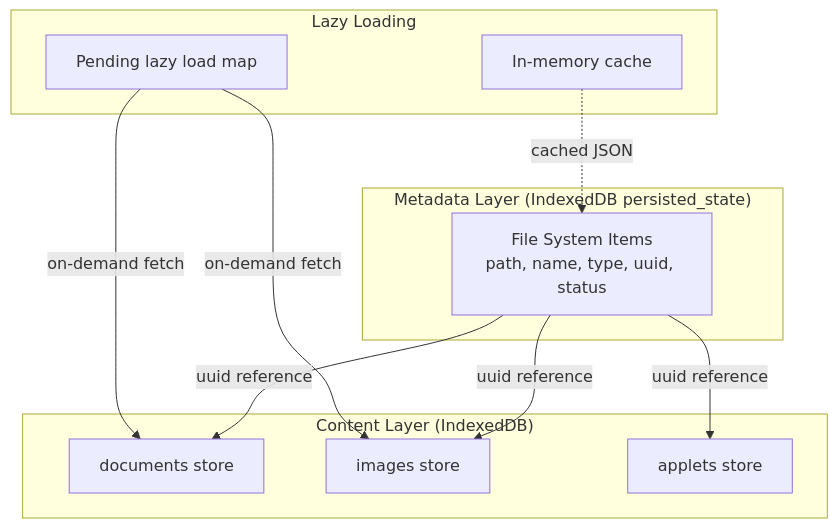
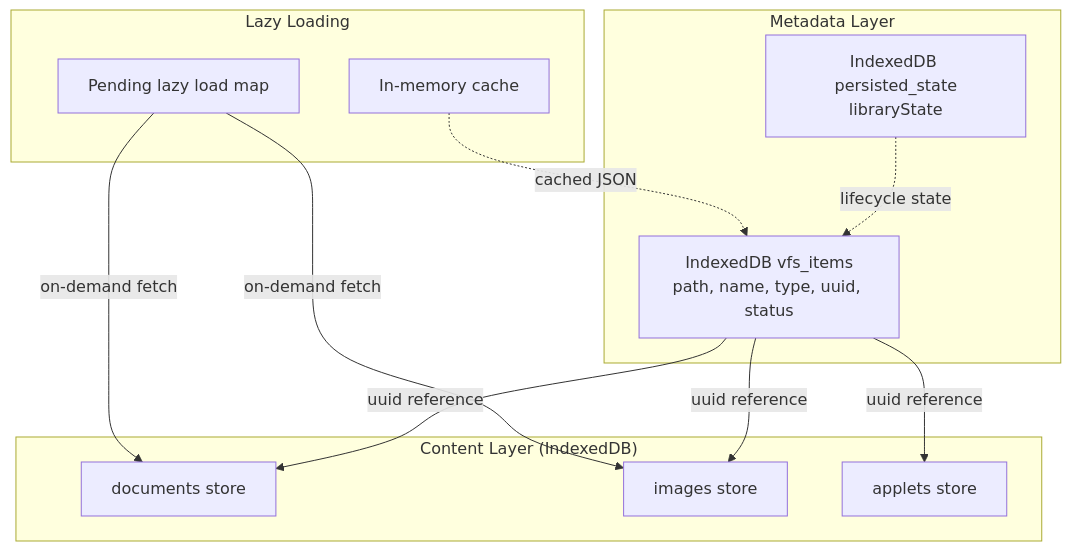
The third of 6 diagrams in docs/3.2-state-management.md (ryokun6/ryos), drawn with Mermaid before and after one commit. The commit also changed other lines of this file and 45 other files, not shown here.

````diff
--- a/docs/3.2-state-management.md
+++ b/docs/3.2-state-management.md
@@ -283,26 +290,28 @@
 ```mermaid
 flowchart TB
-    subgraph "Metadata Layer (IndexedDB persisted_state)"
-        FS[File System Items<br/>path, name, type, uuid, status]
+    subgraph "Metadata Layer"
+        META[IndexedDB persisted_state<br/>libraryState]
+        FS[IndexedDB vfs_items<br/>path, name, type, uuid, status]
     end
     
     subgraph "Content Layer (IndexedDB)"
         DOC[documents store]
         IMG[images store]
         APP[applets store]
     end
     
     subgraph "Lazy Loading"
         CACHE[In-memory cache]
         PENDING[Pending lazy load map]
     end
     
+    META -.->|lifecycle state| FS
     FS -->|uuid reference| DOC
     FS -->|uuid reference| IMG
     FS -->|uuid reference| APP
     
     PENDING -->|on-demand fetch| DOC
     PENDING -->|on-demand fetch| IMG
     
     CACHE -.->|cached JSON| FS
 ```
````
